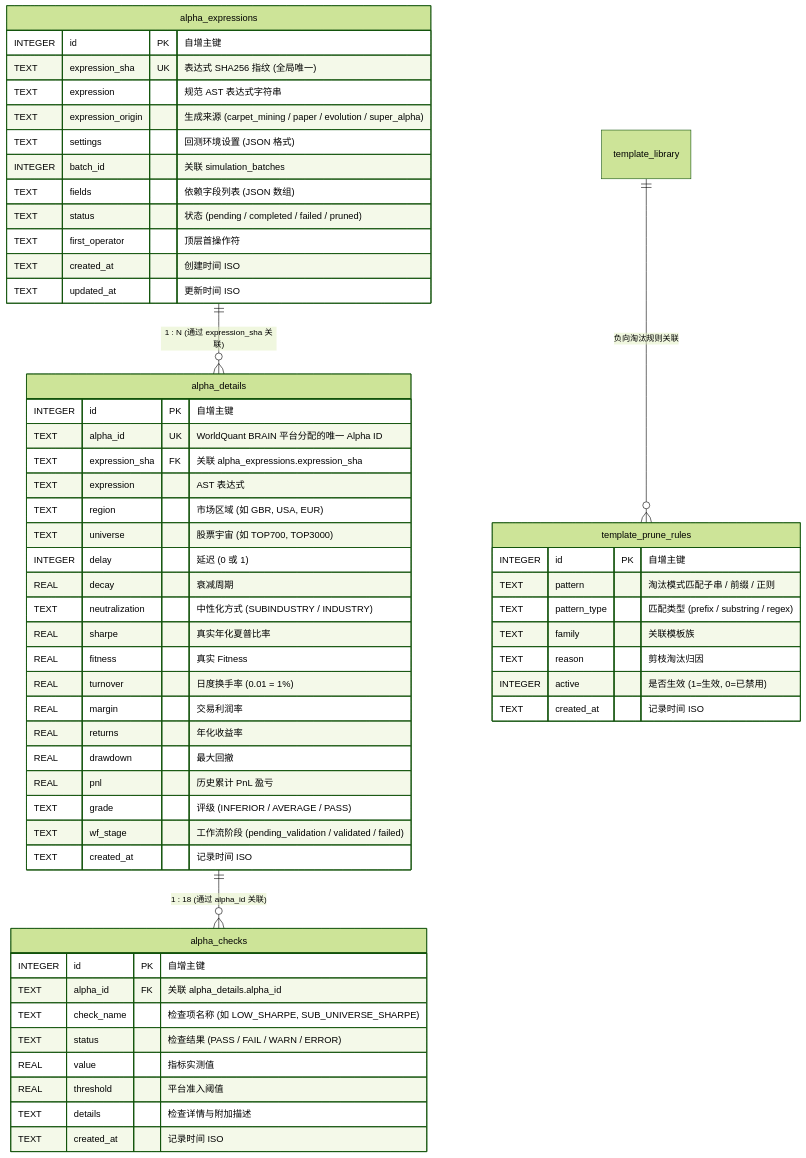
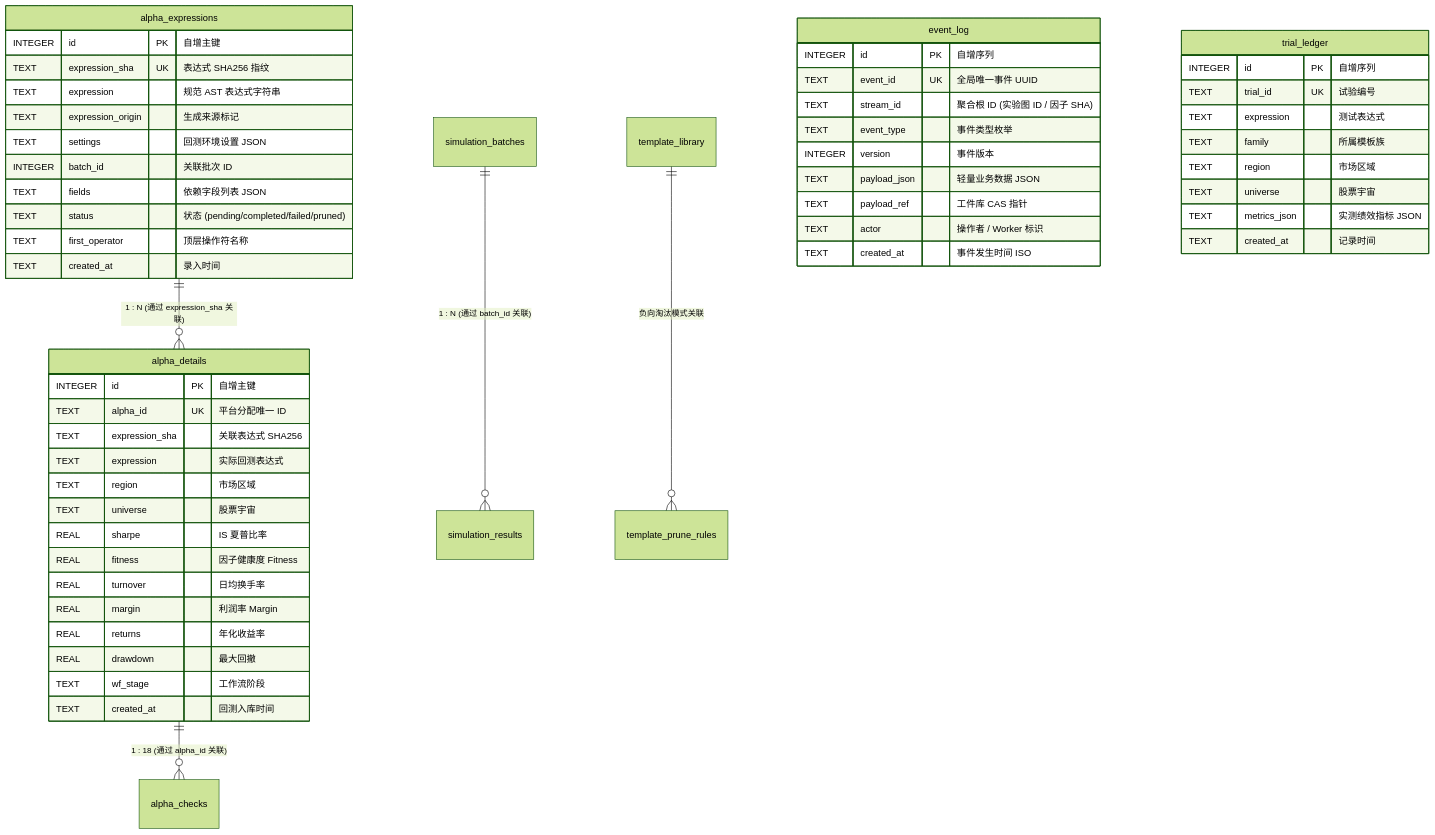
One commit to Justices/alpha_factory changed the diagram in DATABASE_DESIGN.md. Above: the diagram before and after it, drawn with Mermaid (forest theme). The commit also changed other lines of this file and 34 other files, not shown here.

First line of the commit message:
feat(core): refine evidence boundaries, crash-resilient outbox, persistent trial ledger, and reorganize docs

````diff
--- a/DATABASE_DESIGN.md
+++ b/DATABASE_DESIGN.md
@@ -46,63 +47,60 @@
 ```mermaid
 erDiagram
     alpha_expressions ||--o{ alpha_details : "1 : N (通过 expression_sha 关联)"
     alpha_details ||--o{ alpha_checks : "1 : 18 (通过 alpha_id 关联)"
-    template_library ||--o{ template_prune_rules : "负向淘汰规则关联"
+    simulation_batches ||--o{ simulation_results : "1 : N (通过 batch_id 关联)"
+    template_library ||--o{ template_prune_rules : "负向淘汰模式关联"
 
     alpha_expressions {
         INTEGER id PK "自增主键"
-        TEXT expression_sha UK "表达式 SHA256 指纹 (全局唯一)"
+        TEXT expression_sha UK "表达式 SHA256 指纹"
         TEXT expression "规范 AST 表达式字符串"
-        TEXT expression_origin "生成来源 (carpet_mining / paper / evolution / super_alpha)"
-        TEXT settings "回测环境设置 (JSON 格式)"
-        INTEGER batch_id "关联 simulation_batches"
-        TEXT fields "依赖字段列表 (JSON 数组)"
-        TEXT status "状态 (pending / completed / failed / pruned)"
-        TEXT first_operator "顶层首操作符"
-        TEXT created_at "创建时间 ISO"
-        TEXT updated_at "更新时间 ISO"
+        TEXT expression_origin "生成来源标记"
+        TEXT settings "回测环境设置 JSON"
+        INTEGER batch_id "关联批次 ID"
+        TEXT fields "依赖字段列表 JSON"
+        TEXT status "状态 (pending/completed/failed/pruned)"
+        TEXT first_operator "顶层操作符名称"
+        TEXT created_at "录入时间"
     }
 
     alpha_details {
         INTEGER id PK "自增主键"
-        TEXT alpha_id UK "WorldQuant BRAIN 平台分配的唯一 Alpha ID"
-        TEXT expression_sha FK "关联 alpha_expressions.expression_sha"
-        TEXT expression "AST 表达式"
-        TEXT region "市场区域 (如 GBR, USA, EUR)"
-        TEXT universe "股票宇宙 (如 TOP700, TOP3000)"
-        INTEGER delay "延迟 (0 或 1)"
-        REAL decay "衰减周期"
-        TEXT neutralization "中性化方式 (SUBINDUSTRY / INDUSTRY)"
-        REAL sharpe "真实年化夏普比率"
-        REAL fitness "真实 Fitness"
-        REAL turnover "日度换手率 (0.01 = 1%)"
-        REAL margin "交易利润率"
+        TEXT alpha_id UK "平台分配唯一 ID"
+        TEXT expression_sha "关联表达式 SHA256"
+        TEXT expression "实际回测表达式"
+        TEXT region "市场区域"
+        TEXT universe "股票宇宙"
+        REAL sharpe "IS 夏普比率"
+        REAL fitness "因子健康度 Fitness"
+        REAL turnover "日均换手率"
+        REAL margin "利润率 Margin"
         REAL returns "年化收益率"
         REAL drawdown "最大回撤"
-        REAL pnl "历史累计 PnL 盈亏"
-        TEXT grade "评级 (INFERIOR / AVERAGE / PASS)"
-        TEXT wf_stage "工作流阶段 (pending_validation / validated / failed)"
-        TEXT created_at "记录时间 ISO"
+        TEXT wf_stage "工作流阶段"
+        TEXT created_at "回测入库时间"
     }
 
-    alpha_checks {
-        INTEGER id PK "自增主键"
-        TEXT alpha_id FK "关联 alpha_details.alpha_id"
-        TEXT check_name "检查项名称 (如 LOW_SHARPE, SUB_UNIVERSE_SHARPE)"
-        TEXT status "检查结果 (PASS / FAIL / WARN / ERROR)"
-        REAL value "指标实测值"
-        REAL threshold "平台准入阈值"
-        TEXT details "检查详情与附加描述"
-        TEXT created_at "记录时间 ISO"
+    event_log {
+        INTEGER id PK "自增序列"
+        TEXT event_id UK "全局唯一事件 UUID"
+        TEXT stream_id "聚合根 ID (实验图 ID / 因子 SHA)"
+        TEXT event_type "事件类型枚举"
+        INTEGER version "事件版本"
+        TEXT payload_json "轻量业务数据 JSON"
+        TEXT payload_ref "工件库 CAS 指针"
+        TEXT actor "操作者 / Worker 标识"
+        TEXT created_at "事件发生时间 ISO"
     }
 
-    template_prune_rules {
-        INTEGER id PK "自增主键"
-        TEXT pattern "淘汰模式匹配子串 / 前缀 / 正则"
-        TEXT pattern_type "匹配类型 (prefix / substring / regex)"
-        TEXT family "关联模板族"
-        TEXT reason "剪枝淘汰归因"
-        INTEGER active "是否生效 (1=生效, 0=已禁用)"
-        TEXT created_at "记录时间 ISO"
+    trial_ledger {
+        INTEGER id PK "自增序列"
+        TEXT trial_id UK "试验编号"
+        TEXT expression "测试表达式"
+        TEXT family "所属模板族"
+        TEXT region "市场区域"
+        TEXT universe "股票宇宙"
+        TEXT metrics_json "实测绩效指标 JSON"
+        TEXT created_at "记录时间"
     }
 ```
````
